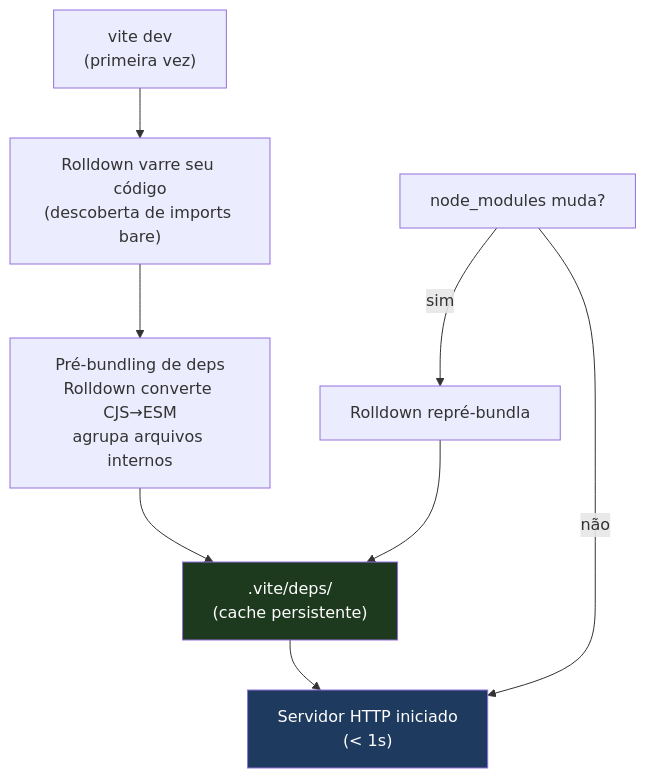
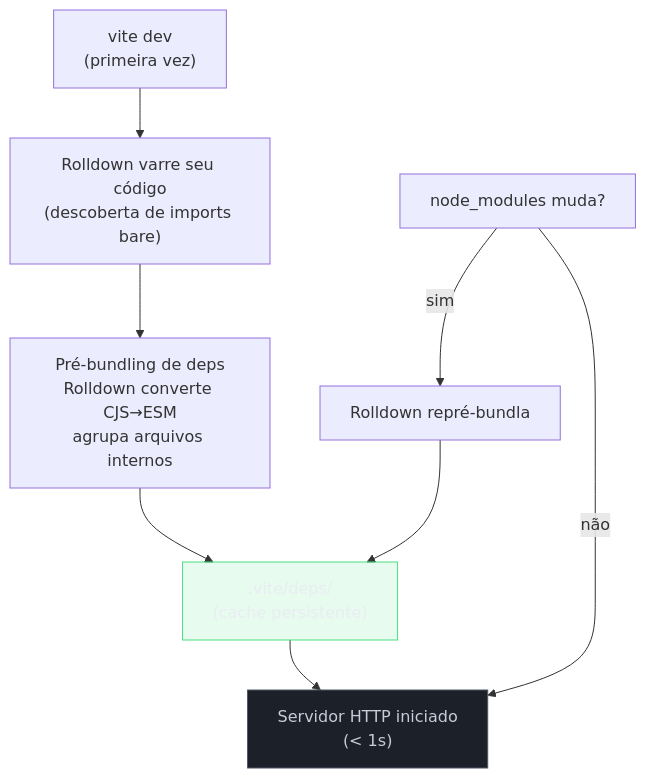
Before and after one commit to josenaldo/codex-technomanticus: the third of 9 diagrams in 03-Dominios/Tecnologia/Tooling e Build/09 - Dev server e HMR.md, drawn with Mermaid. The commit also changed other lines of this file and 1181 other files, not shown here.

First line of the commit message:
fix(diagramas): paleta do sistema no lugar de cor cravada no markdown

````diff
--- a/03-Dominios/Tecnologia/Tooling e Build/09 - Dev server e HMR.md
+++ b/03-Dominios/Tecnologia/Tooling e Build/09 - Dev server e HMR.md
@@ -103,18 +105,20 @@
 ```mermaid
 flowchart TD
+    classDef ok fill:#4ADE8021,stroke:#4ADE80,color:#E9ECF2
+    classDef neutro fill:#1B2029,stroke:#4E5666,color:#C6CCD8
     START["vite dev\n(primeira vez)"]
     CRAWL["Rolldown varre seu código\n(descoberta de imports bare)"]
     PREBUNDLE["Pré-bundling de deps\nRolldown converte CJS→ESM\nagrupa arquivos internos"]
     CACHE[".vite/deps/\n(cache persistente)"]
     SERVER["Servidor HTTP iniciado\n(< 1s)"]
 
     CHANGE["node_modules muda?"]
     REBUILD["Rolldown repré-bundla"]
 
     START --> CRAWL --> PREBUNDLE --> CACHE --> SERVER
     CHANGE -->|sim| REBUILD --> CACHE
     CHANGE -->|não| SERVER
 
-    style CACHE fill:#1e3a1e,color:#fff
-    style SERVER fill:#1e3a5f,color:#fff
+    class CACHE ok
+    class SERVER neutro
 ```
````
